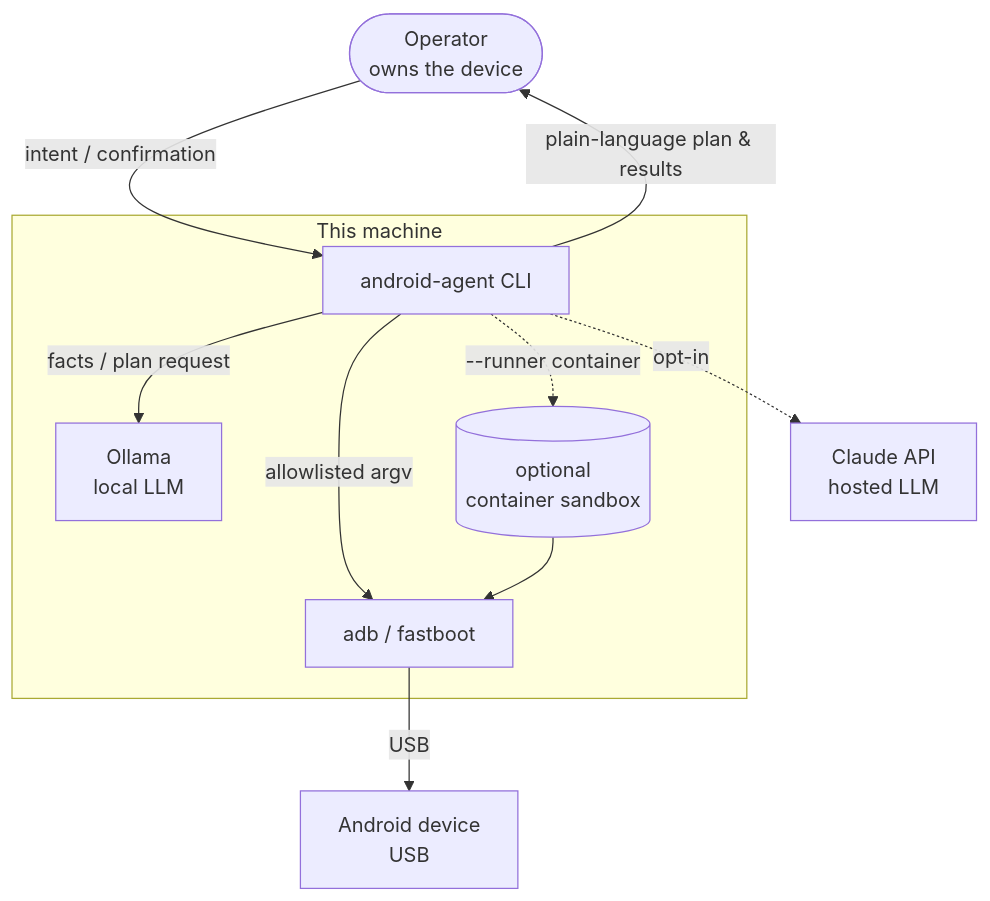
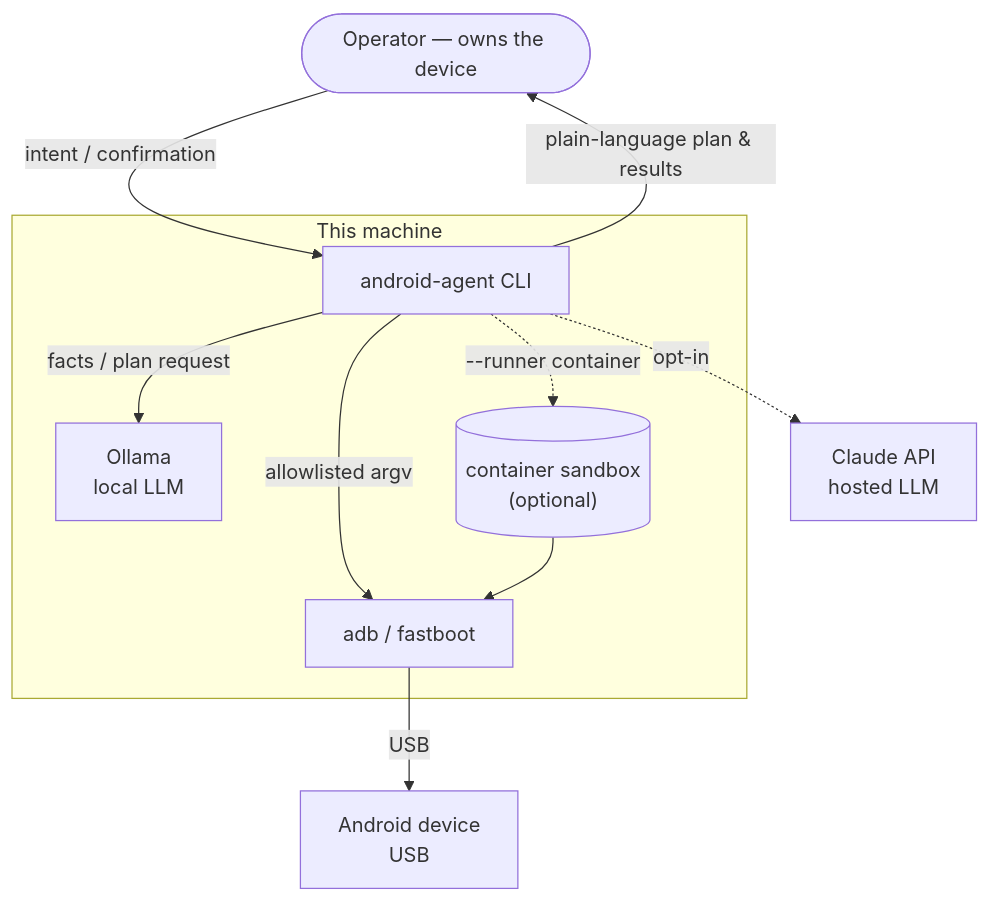
Before and after one commit to andreshma/android-agent: the first of 4 diagrams in docs/DIAGRAMS.md, drawn with Mermaid. The commit also changed other lines of this file and 2 other files, not shown here.

First line of the commit message:
docs: convert all diagrams to Mermaid and make them consistent

````diff
--- a/docs/DIAGRAMS.md
+++ b/docs/DIAGRAMS.md
@@ -8,21 +8,21 @@
 ```mermaid
 flowchart TB
-    operator([Operator<br/>owns the device])
-    subgraph host[This machine]
-        agent[android-agent CLI]
-        llm_local[Ollama<br/>local LLM]
-        tools[adb / fastboot]
-        container[(optional<br/>container sandbox)]
+    operator(["Operator — owns the device"])
+    subgraph host["This machine"]
+        agent["android-agent CLI"]
+        llm_local["Ollama<br/>local LLM"]
+        tools["adb / fastboot"]
+        container[("container sandbox<br/>(optional)")]
     end
-    llm_api[Claude API<br/>hosted LLM]
-    device[Android device<br/>USB]
+    llm_api["Claude API<br/>hosted LLM"]
+    device["Android device<br/>USB"]
 
-    operator -- intent / confirmation --> agent
-    agent -- plain-language plan & results --> operator
-    agent -- facts / plan request --> llm_local
-    agent -. opt-in .-> llm_api
-    agent -- allowlisted argv --> tools
-    tools -- USB --> device
-    agent -. --runner container .-> container
+    operator -- "intent / confirmation" --> agent
+    agent -- "plain-language plan & results" --> operator
+    agent -- "facts / plan request" --> llm_local
+    agent -. "opt-in" .-> llm_api
+    agent -- "allowlisted argv" --> tools
+    tools -- "USB" --> device
+    agent -. "--runner container" .-> container
     container --> tools
 ```
````
